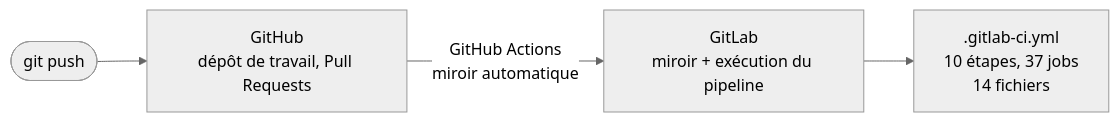
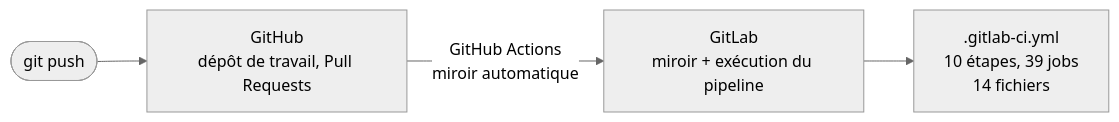
Before and after one commit to TedPasquiet/G-rez-le-cycle-de-vie-de-d-veloppement-logiciel: the fifth of 9 diagrams in ARCHITECTURE.md, drawn with Mermaid (neutral theme). The commit also changed other lines of this file and 33 other files, not shown here.

````diff
--- a/ARCHITECTURE.md
+++ b/ARCHITECTURE.md
@@ -200,6 +206,6 @@
 ```mermaid
 flowchart LR
     dev([git push]) --> gh[GitHub<br/>dépôt de travail, Pull Requests]
     gh -->|GitHub Actions<br/>miroir automatique| gl[GitLab<br/>miroir + exécution du pipeline]
-    gl --> ci[".gitlab-ci.yml<br/>10 étapes, 37 jobs<br/>14 fichiers"]
+    gl --> ci[".gitlab-ci.yml<br/>10 étapes, 39 jobs<br/>14 fichiers"]
 ```
````
